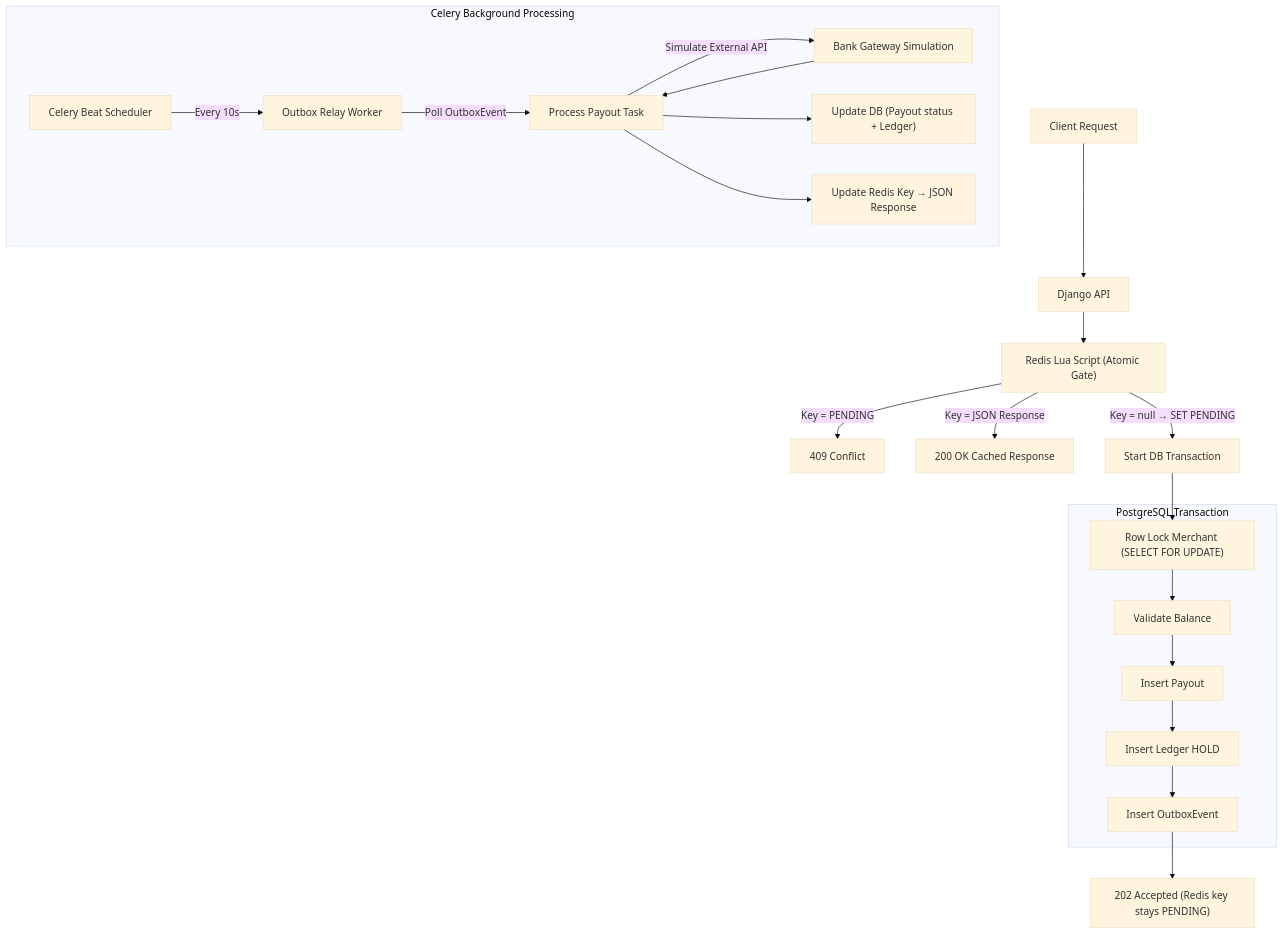
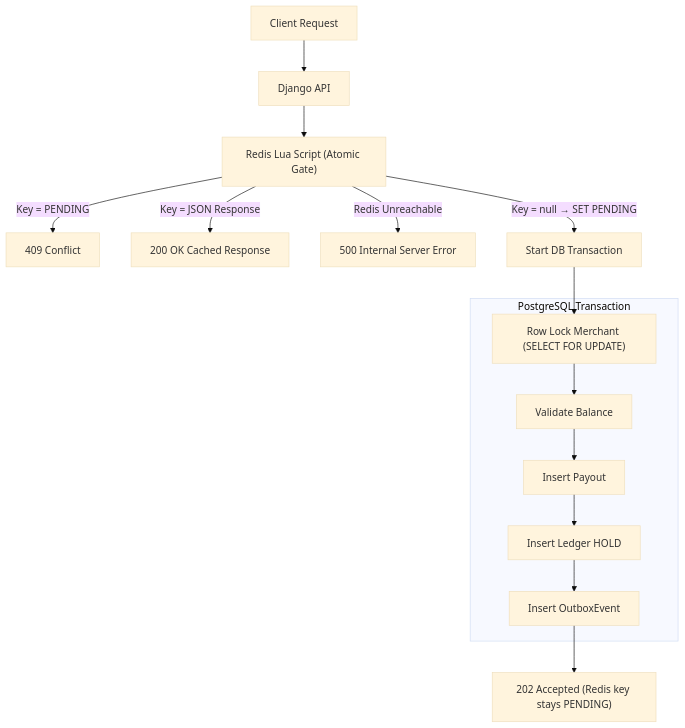
One commit to distroaryan/playo changed the first of 4 diagrams in README.md. Above: the diagram before and after it, drawn with Mermaid (base theme). The commit also changed other lines of this file and 20 other files, not shown here.

````diff
--- a/README.md
+++ b/README.md
@@ -9,34 +11,26 @@
 ```mermaid
 flowchart TD
     Client[Client Request] --> API[Django API]
     API --> RedisLua["Redis Lua Script (Atomic Gate)"]
     
     RedisLua -- "Key = PENDING" --> Conflict[409 Conflict]
     RedisLua -- "Key = JSON Response" --> OK[200 OK Cached Response]
+    RedisLua -- "Redis Unreachable" --> ServerError[500 Internal Server Error]
     RedisLua -- "Key = null → SET PENDING" --> DB_Tx[Start DB Transaction]
     
     subgraph PostgreSQL Transaction
         DB_Lock["Row Lock Merchant (SELECT FOR UPDATE)"]
         DB_Bal[Validate Balance]
         DB_Payout[Insert Payout]
         DB_Ledger[Insert Ledger HOLD]
         DB_Outbox[Insert OutboxEvent]
     end
     
     DB_Tx --> DB_Lock
     DB_Lock --> DB_Bal
     DB_Bal --> DB_Payout
     DB_Payout --> DB_Ledger
     DB_Ledger --> DB_Outbox
     
     DB_Outbox --> Return["202 Accepted (Redis key stays PENDING)"]
-    
-    subgraph Celery Background Processing
-        CeleryBeat[Celery Beat Scheduler] --> |Every 10s| CeleryOutbox[Outbox Relay Worker]
-        CeleryOutbox --> |Poll OutboxEvent| CeleryTask[Process Payout Task]
-        CeleryTask --> |Simulate External API| Bank[Bank Gateway Simulation]
-        Bank --> CeleryTask
-        CeleryTask --> DB_Update["Update DB (Payout status + Ledger)"]
-        CeleryTask --> RedisUpdate["Update Redis Key → JSON Response"]
-    end
 ```
````
